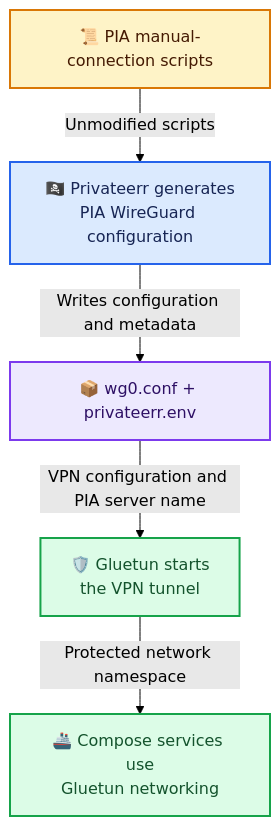
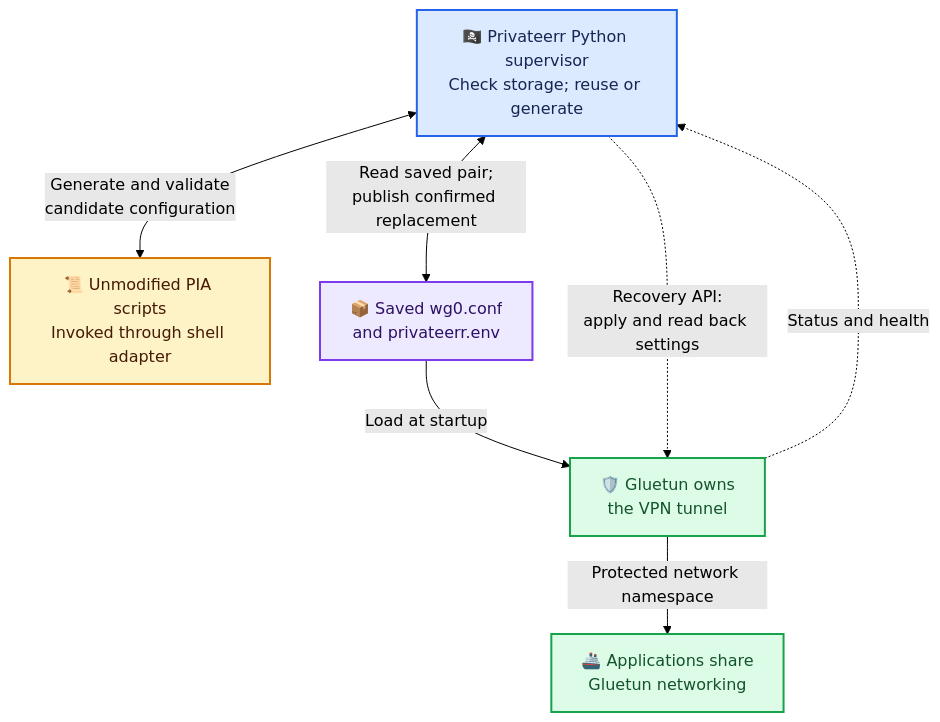
One commit to scottgigawatt/privateerr changed the diagram in README.md. Above: the diagram before and after it, drawn with Mermaid (forest theme). The commit also changed other lines of this file and 24 other files, not shown here.

First line of the commit message:
🦜 Make recovery failures actionable and refresh supervisor docs (#135)

````diff
--- a/README.md
+++ b/README.md
@@ -63,26 +63,28 @@
 ```mermaid
 flowchart TB
-  accTitle: Privateerr configuration handoff
-  accDescr: Privateerr runs the unmodified PIA scripts and writes a WireGuard configuration plus server metadata. Gluetun uses those files to start the VPN tunnel, and other Compose services share Gluetun's protected network connection.
+  accTitle: Privateerr startup and automatic recovery
+  accDescr: Inside Privateerr, a Python supervisor checks storage and reuses or generates configuration through unmodified PIA scripts. Gluetun loads the saved files at startup. With recovery enabled, the supervisor monitors Gluetun status and health, generates a candidate after a sustained outage, applies it through the authenticated API, and saves it only after confirmation. Applications retain Gluetun's network namespace.
 
-  PIA["📜 PIA manual-connection scripts"]
-  Privateerr["🏴‍☠️ Privateerr generates<br/>PIA WireGuard configuration"]
-  Files["📦 wg0.conf + privateerr.env"]
-  Gluetun["🛡️ Gluetun starts<br/>the VPN tunnel"]
-  Services["🚢 Compose services use<br/>Gluetun networking"]
+  Supervisor["🏴‍☠️ Privateerr Python supervisor<br/>Check storage; reuse or generate"]
+  PIA["📜 Unmodified PIA scripts<br/>Invoked through shell adapter"]
+  Files["📦 Saved wg0.conf<br/>and privateerr.env"]
+  Gluetun["🛡️ Gluetun owns<br/>the VPN tunnel"]
+  Services["🚢 Applications share<br/>Gluetun networking"]
 
-  PIA -->|"Unmodified scripts"| Privateerr
-  Privateerr -->|"Writes configuration and metadata"| Files
-  Files -->|"VPN configuration and PIA server name"| Gluetun
+  Supervisor <-->|"Generate and validate<br/>candidate configuration"| PIA
+  Supervisor <-->|"Read saved pair;<br/>publish confirmed replacement"| Files
+  Files -->|"Load at startup"| Gluetun
+  Gluetun -.->|"Status and health"| Supervisor
+  Supervisor -.->|"Recovery API:<br/>apply and read back settings"| Gluetun
   Gluetun -->|"Protected network namespace"| Services
 
   classDef upstream fill:#fef3c7,stroke:#d97706,color:#451a03,stroke-width:2px
   classDef generation fill:#dbeafe,stroke:#2563eb,color:#172554,stroke-width:2px
   classDef handoff fill:#ede9fe,stroke:#7c3aed,color:#2e1065,stroke-width:2px
   classDef connected fill:#dcfce7,stroke:#16a34a,color:#14532d,stroke-width:2px
 
   class PIA upstream
-  class Privateerr generation
+  class Supervisor generation
   class Files handoff
   class Gluetun,Services connected
 ```
````
